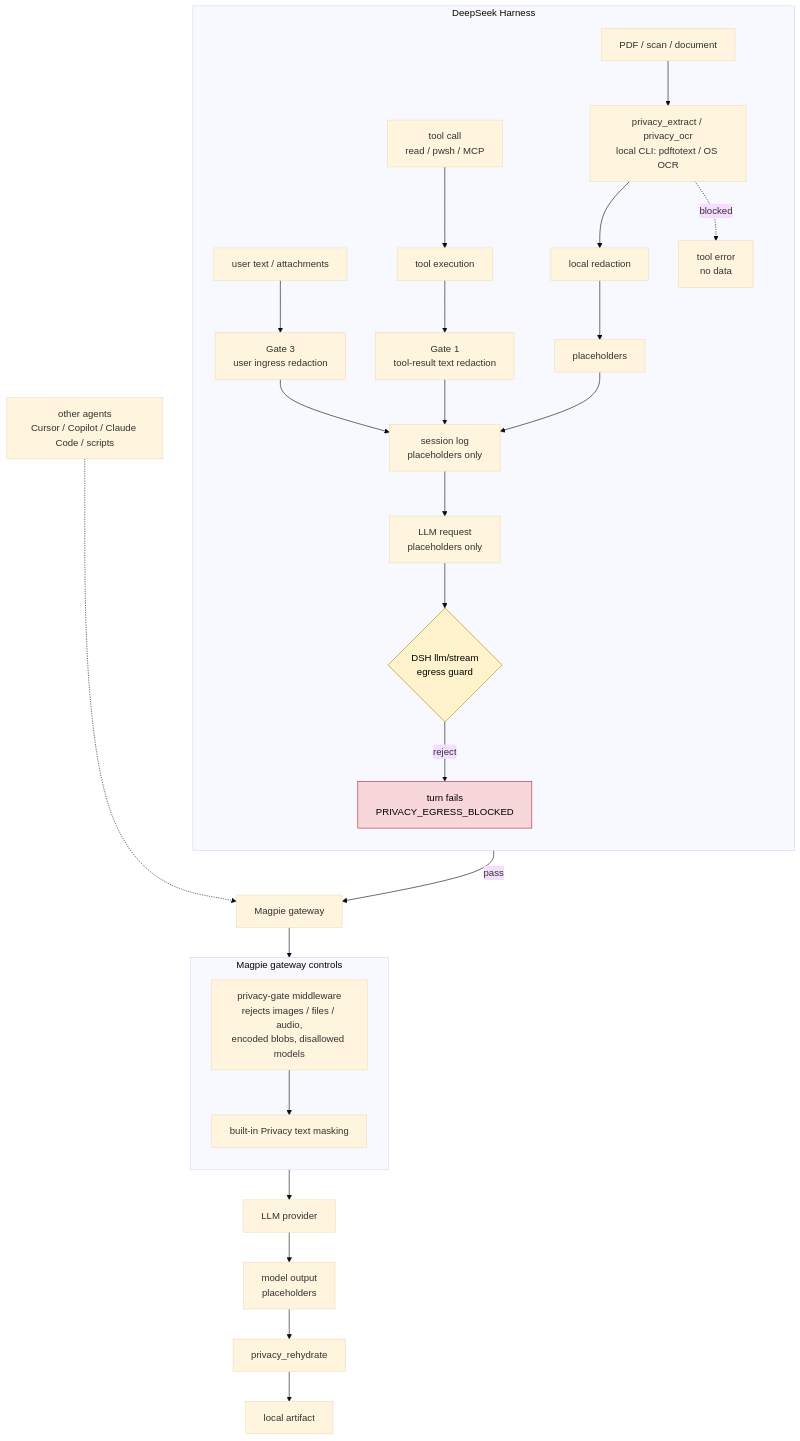
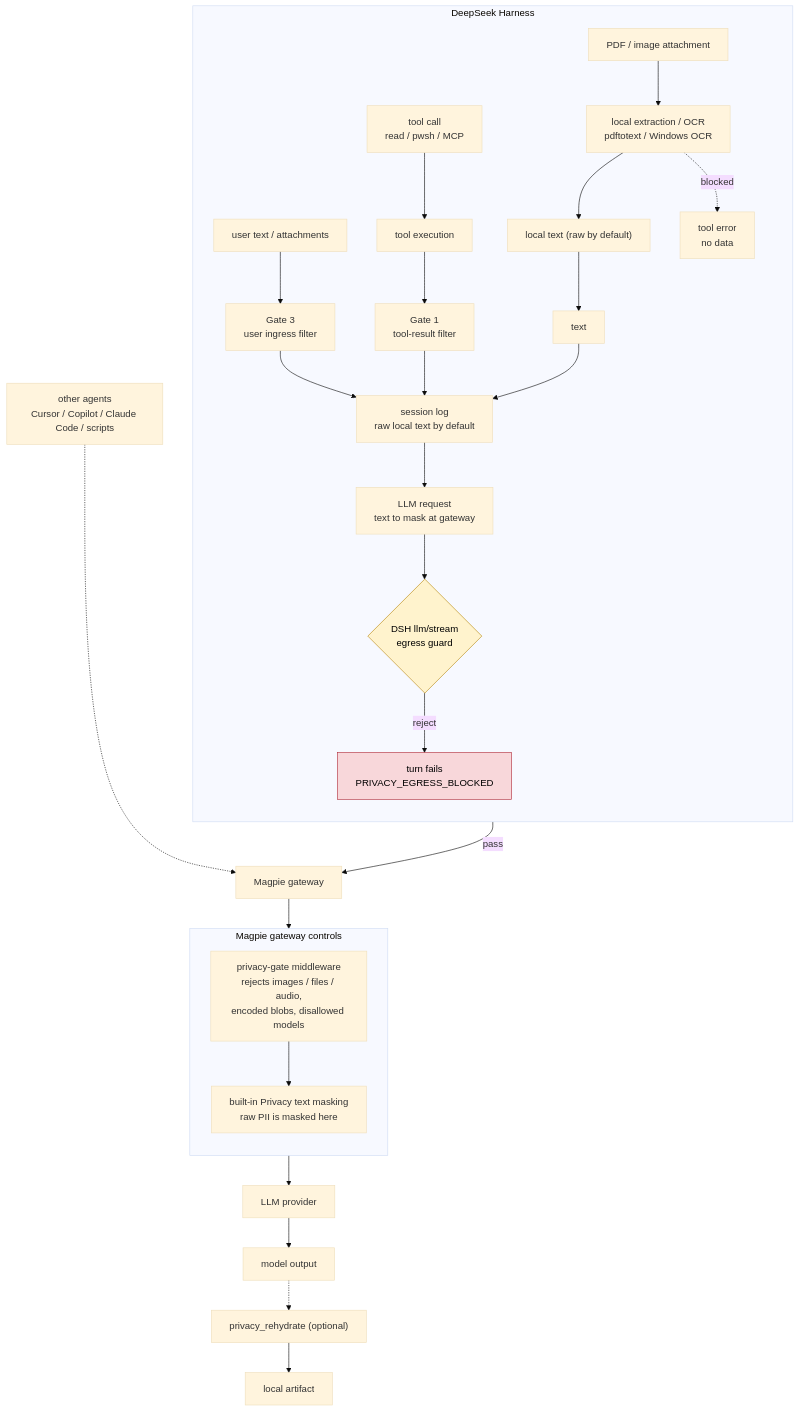
One commit to siml1169/ShyPie changed the diagram in README.md. Above: the diagram before and after it, drawn with Mermaid (base theme). The commit also changed other lines of this file and 19 other files, not shown here.

Commit message:
Add filter mode, PDF attachments, rename and composer switch

````diff
--- a/README.md
+++ b/README.md
@@ -43,36 +44,36 @@
 ```mermaid
 flowchart TB
   subgraph DSH[DeepSeek Harness]
     direction TB
-    U["user text / attachments"] --> G3["Gate 3<br/>user ingress redaction"]
+    U["user text / attachments"] --> G3["Gate 3<br/>user ingress filter"]
     T["tool call<br/>read / pwsh / MCP"] --> TOOL["tool execution"]
-    TOOL --> G1["Gate 1<br/>tool-result text redaction"]
-    PDF["PDF / scan / document"] --> EXT["privacy_extract / privacy_ocr<br/>local CLI: pdftotext / OS OCR"]
-    EXT --> RED["local redaction"]
-    RED --> PH["placeholders"]
+    TOOL --> G1["Gate 1<br/>tool-result filter"]
+    PDF["PDF / image attachment"] --> EXT["local extraction / OCR<br/>pdftotext / Windows OCR"]
+    EXT --> RED["local text (raw by default)"]
+    RED --> PH["text"]
     EXT -.->|blocked| ERR["tool error<br/>no data"]
-    G3 --> LOG["session log<br/>placeholders only"]
+    G3 --> LOG["session log<br/>raw local text by default"]
     G1 --> LOG
     PH --> LOG
-    LOG --> REQ["LLM request<br/>placeholders only"]
+    LOG --> REQ["LLM request<br/>text to mask at gateway"]
     REQ --> EG{"DSH llm/stream<br/>egress guard"}
     EG -->|reject| BLOCK["turn fails<br/>PRIVACY_EGRESS_BLOCKED"]
   end
   subgraph MAGPIE[Magpie gateway controls]
     direction TB
     MW["privacy-gate middleware<br/>rejects images / files / audio,<br/>encoded blobs, disallowed models"]
-    MASK["built-in Privacy text masking"]
+    MASK["built-in Privacy text masking<br/>raw PII is masked here"]
     MW --> MASK
   end
   EG -->|pass| GW["Magpie gateway"]
   GW --> MW
   MASK --> LLM["LLM provider"]
   OTHER["other agents<br/>Cursor / Copilot / Claude Code / scripts"] -.-> GW
-  LLM --> OUT["model output<br/>placeholders"]
-  OUT --> RH["privacy_rehydrate"]
+  LLM --> OUT["model output"]
+  OUT -.-> RH["privacy_rehydrate (optional)"]
   RH --> ART["local artifact"]
   classDef gate fill:#fff3cd,stroke:#b8860b,color:#000
   classDef reject fill:#f8d7da,stroke:#b02a37,color:#000
   class EG gate
   class BLOCK reject
 ```
````
